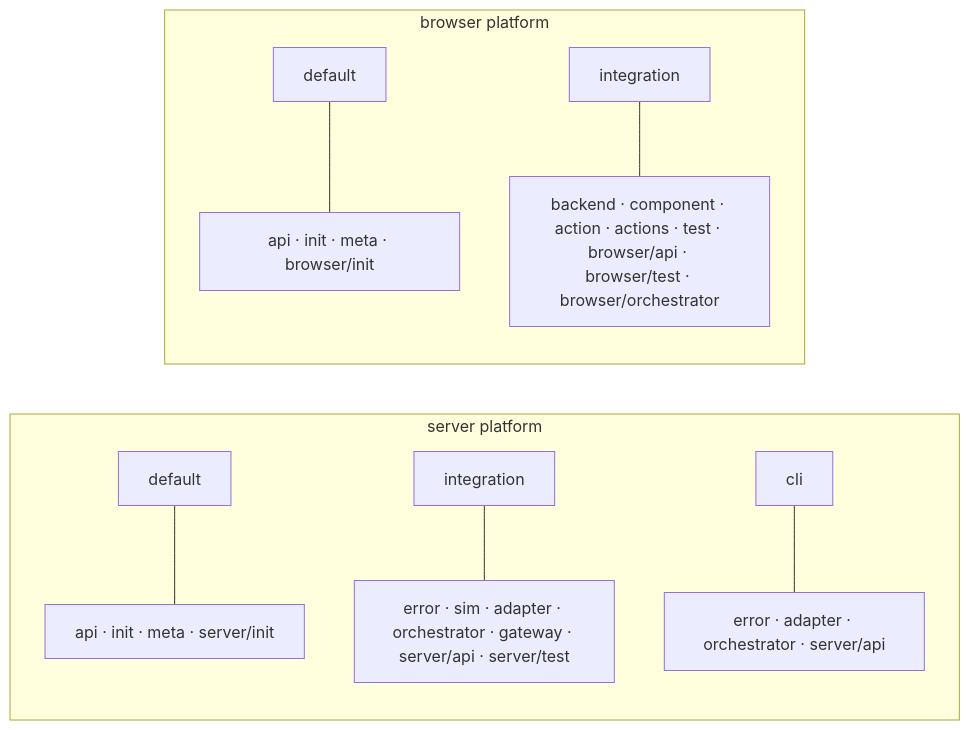
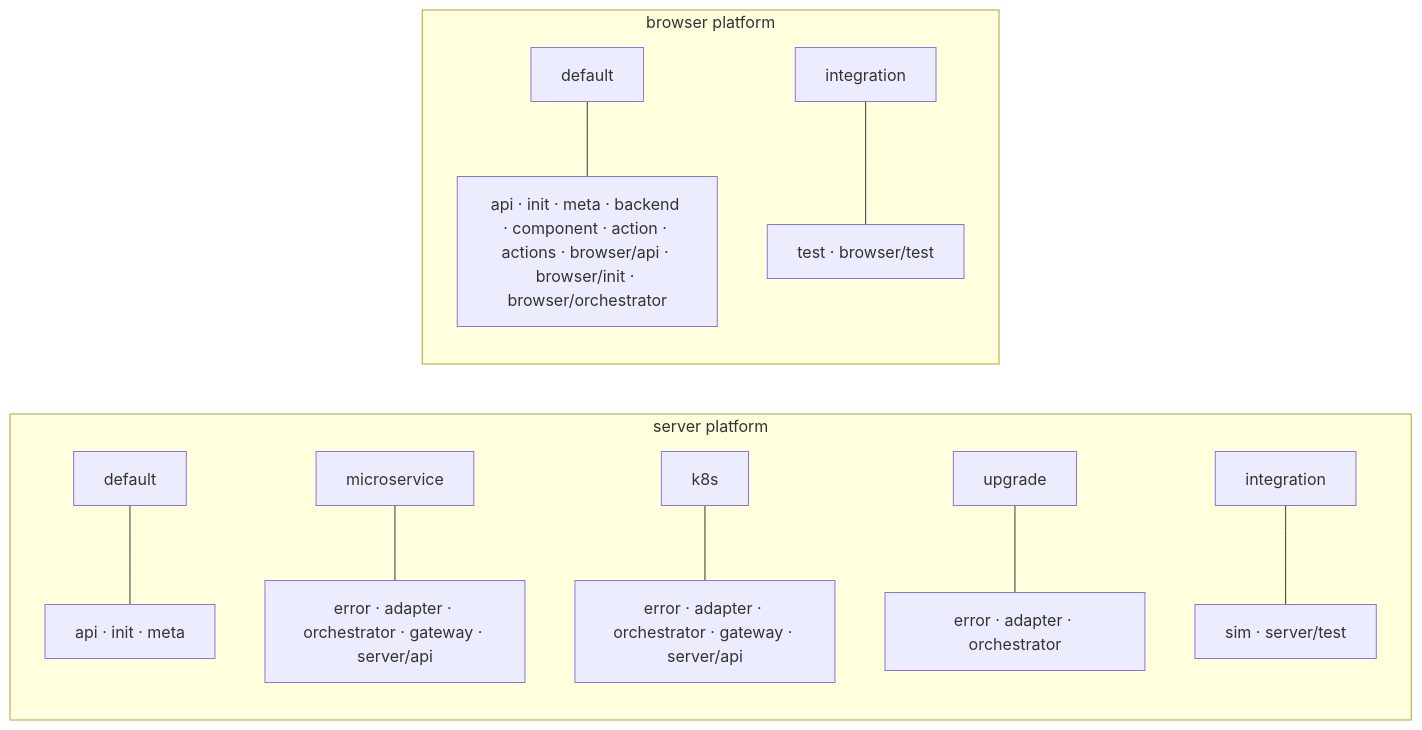
One commit to feasibleone/blong changed the diagram in docs/blong/docs/concepts/layer.md. Above: the diagram before and after it, drawn with Mermaid. The commit also changed other lines of this file and 309 other files, not shown here.

````diff
--- a/docs/blong/docs/concepts/layer.md
+++ b/docs/blong/docs/concepts/layer.md
@@ -58,14 +59,16 @@
 ```mermaid
 flowchart LR
     subgraph SERVER["server platform"]
         direction TB
-        server-default-intent["default"] --- server-default-layers["api · init · meta · server/init"]
-        server-integration-intent["integration"] --- server-integration-layers["error · sim · adapter · orchestrator · gateway · server/api · server/test"]
-        server-cli-intent["cli"] --- server-cli-layers["error · adapter · orchestrator · server/api"]
+        server-default-intent["default"] --- server-default-layers["api · init · meta"]
+        server-microservice-intent["microservice"] --- server-microservice-layers["error · adapter · orchestrator · gateway · server/api"]
+        server-k8s-intent["k8s"] --- server-k8s-layers["error · adapter · orchestrator · gateway · server/api"]
+        server-upgrade-intent["upgrade"] --- server-upgrade-layers["error · adapter · orchestrator"]
+        server-integration-intent["integration"] --- server-integration-layers["sim · server/test"]
     end
     subgraph BROWSER["browser platform"]
         direction TB
-        browser-default-intent["default"] --- browser-default-layers["api · init · meta · browser/init"]
-        browser-integration-intent["integration"] --- browser-integration-layers["backend · component · action · actions · test · browser/api · browser/test · browser/orchestrator"]
+        browser-default-intent["default"] --- browser-default-layers["api · init · meta · backend · component · action · actions · browser/api · browser/init · browser/orchestrator"]
+        browser-integration-intent["integration"] --- browser-integration-layers["test · browser/test"]
     end
 ```
````
